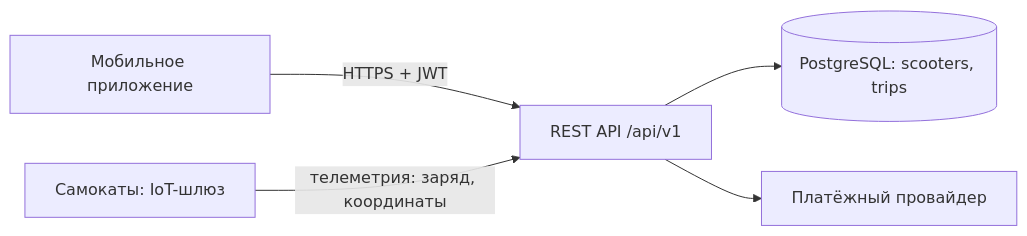
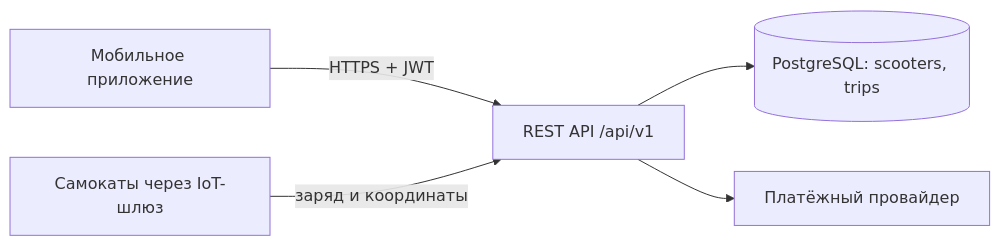
The first of 2 diagrams in docs/tech.md (anya-gor/ISDST-lab), drawn with Mermaid before and after one commit. The commit also changed other lines of this file and 2 other files, not shown here.

````diff
--- a/docs/tech.md
+++ b/docs/tech.md
@@ -5,7 +5,7 @@
 ```mermaid
 flowchart LR
     App[Мобильное приложение] -->|HTTPS + JWT| API[REST API /api/v1]
     API --> DB[(PostgreSQL: scooters, trips)]
     API --> Pay[Платёжный провайдер]
-    IoT[Самокаты: IoT-шлюз] -->|телеметрия: заряд, координаты| API
+    IoT[Самокаты через IoT-шлюз] -->|заряд и координаты| API
 ```
````
